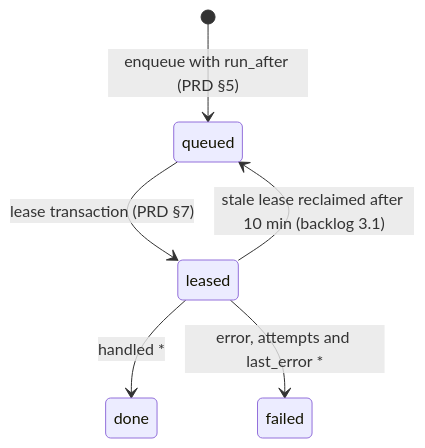
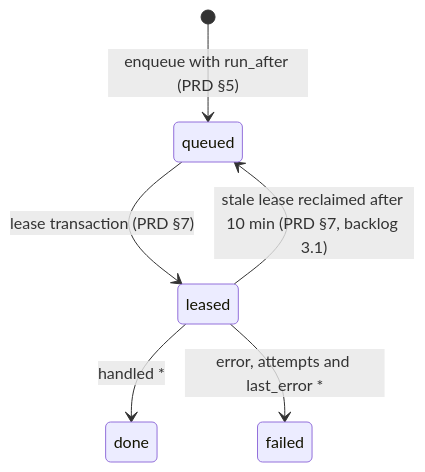
The fourth of 4 diagrams in docs/FlowBoard/Execution/Execution State Machines.md (ClearCloudSoftware/flowboard), drawn with Mermaid before and after one commit. The commit also changed other lines of this file and 35 other files, not shown here.

````diff
--- a/docs/FlowBoard/Execution/Execution State Machines.md
+++ b/docs/FlowBoard/Execution/Execution State Machines.md
@@ -109,8 +113,8 @@
 ```mermaid
 stateDiagram-v2
   [*] --> queued: enqueue with run_after (PRD §5)
   queued --> leased: lease transaction (PRD §7)
   leased --> done: handled *
   leased --> failed: error, attempts and last_error *
-  leased --> queued: stale lease reclaimed after 10 min (backlog 3.1)
+  leased --> queued: stale lease reclaimed after 10 min (PRD §7, backlog 3.1)
 ```
````
